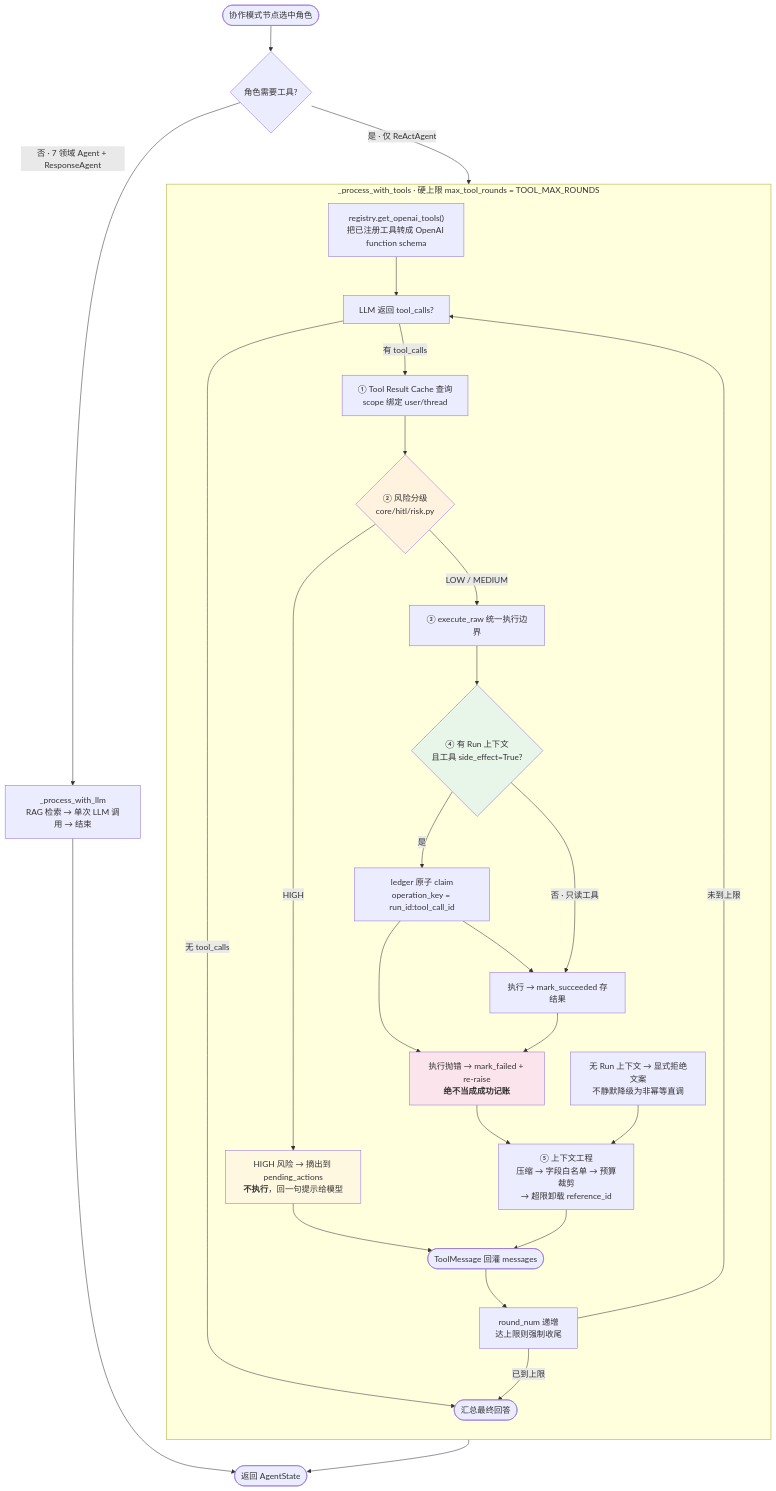
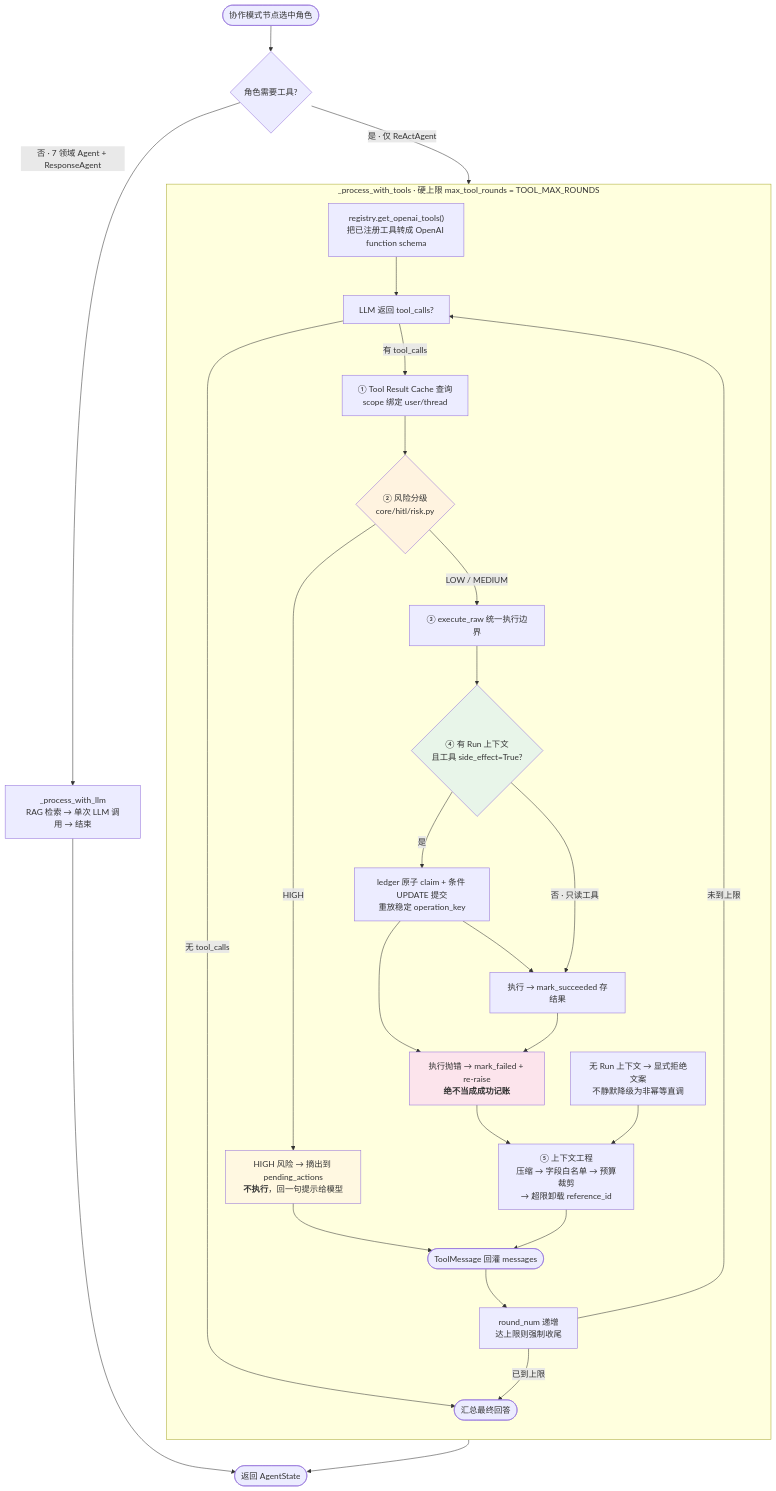
The diagram in docs/agent-design.md (Xander-Xai/Customer-Service-AI-Agent), drawn with Mermaid before and after one commit. The commit also changed 19 other files, not shown here.

````diff
--- a/docs/agent-design.md
+++ b/docs/agent-design.md
@@ -72,57 +72,57 @@
 ```mermaid
 flowchart TD
     START([协作模式节点选中角色])
     NEEDS_TOOLS{"角色需要工具?"}
     LLMONLY["_process_with_llm<br/>RAG 检索 → 单次 LLM 调用 → 结束"]
     DONE(["汇总最终回答"])
     OUT([返回 AgentState])
 
     subgraph LOOP["_process_with_tools · 硬上限 max_tool_rounds = TOOL_MAX_ROUNDS"]
         direction TB
         SCHEMA["registry.get_openai_tools()<br/>把已注册工具转成 OpenAI function schema"]
         CALL["LLM 返回 tool_calls?"]
         ROUND["round_num 递增<br/>达上限则强制收尾"]
         CACHE["① Tool Result Cache 查询<br/>scope 绑定 user/thread"]
         GATE{"② 风险分级<br/>core/hitl/risk.py"}
         DEFER["HIGH 风险 → 摘出到 pending_actions<br/><b>不执行</b>，回一句提示给模型"]
         EXEC["③ execute_raw 统一执行边界"]
         LEDGER{"④ 有 Run 上下文<br/>且工具 side_effect=True?"}
-        SAFE["ledger 原子 claim<br/>operation_key = run_id:tool_call_id"]
+        SAFE["ledger 原子 claim + 条件 UPDATE 提交<br/>重放稳定 operation_key"]
         CALLSIDE["执行 → mark_succeeded 存结果"]
         FAIL["执行抛错 → mark_failed + re-raise<br/><b>绝不当成成功记账</b>"]
         NOOP["无 Run 上下文 → 显式拒绝文案<br/>不静默降级为非幂等直调"]
         CTX["⑤ 上下文工程<br/>压缩 → 字段白名单 → 预算裁剪<br/>→ 超限卸载 reference_id"]
         OBS(["ToolMessage 回灌 messages"])
 
         SCHEMA --> CALL
         CALL -->|"无 tool_calls"| DONE
         CALL -->|"有 tool_calls"| CACHE
         CACHE --> GATE
         GATE -->|"LOW / MEDIUM"| EXEC
         GATE -->|"HIGH"| DEFER
         EXEC --> LEDGER
         LEDGER -->|"是"| SAFE
         SAFE --> CALLSIDE
         LEDGER -->|"否 · 只读工具"| CALLSIDE
         SAFE --> FAIL
         CALLSIDE --> FAIL
         FAIL --> CTX
         NOOP --> CTX
         DEFER --> OBS
         CTX --> OBS
         OBS --> ROUND
         ROUND -->|"未到上限"| CALL
         ROUND -->|"已到上限"| DONE
     end
 
     START --> NEEDS_TOOLS
     NEEDS_TOOLS -->|"否 · 7 领域 Agent + ResponseAgent"| LLMONLY
     NEEDS_TOOLS -->|"是 · 仅 ReActAgent"| LOOP
     LLMONLY --> OUT
     DONE --> OUT
 
     style GATE fill:#fff3e0
     style LEDGER fill:#e8f5e9
     style FAIL fill:#fce4ec
     style DEFER fill:#fff8e1
 ```
````
